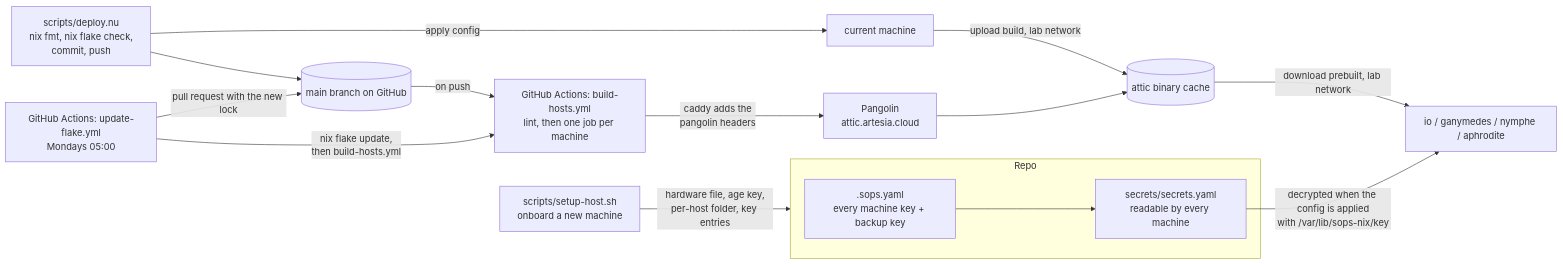
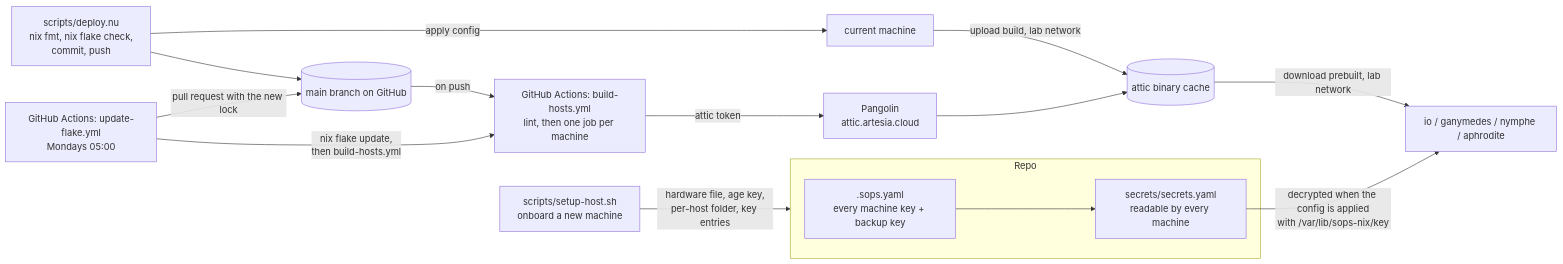
The second of 2 diagrams in docs/structure.md (68656c6c/celestial), drawn with Mermaid before and after one commit. The commit also changed other lines of this file and 3 other files, not shown here.

````diff
--- a/docs/structure.md
+++ b/docs/structure.md
@@ -151,23 +151,23 @@
 ```mermaid
 flowchart LR
     subgraph repo["Repo"]
         sopscfg[".sops.yaml<br/>every machine key + backup key"]
         secrets["secrets/secrets.yaml<br/>readable by every machine"]
         sopscfg --> secrets
     end
 
     setup["scripts/setup-host.sh<br/>onboard a new machine"] -->|"hardware file, age key,<br/>per-host folder, key entries"| repo
 
     deploy["scripts/deploy.nu<br/>nix fmt, nix flake check,<br/>commit, push"] --> main[("main branch on GitHub")]
     deploy -->|"apply config"| local["current machine"]
     local -->|"upload build, lab network"| attic[("attic binary cache")]
 
     main -->|"on push"| ci["GitHub Actions: build-hosts.yml<br/>lint, then one job per machine"]
-    ci -->|"caddy adds the<br/>pangolin headers"| pangolin["Pangolin<br/>attic.artesia.cloud"]
+    ci -->|"attic token"| pangolin["Pangolin<br/>attic.artesia.cloud"]
     pangolin --> attic
     upd["GitHub Actions: update-flake.yml<br/>Mondays 05:00"] -->|"nix flake update,<br/>then build-hosts.yml"| ci
     upd -->|"pull request with the new lock"| main
 
     attic -->|"download prebuilt, lab network"| hostsbox["io / ganymedes / nymphe / aphrodite"]
     secrets -->|"decrypted when the config is applied<br/>with /var/lib/sops-nix/key"| hostsbox
 ```
````
